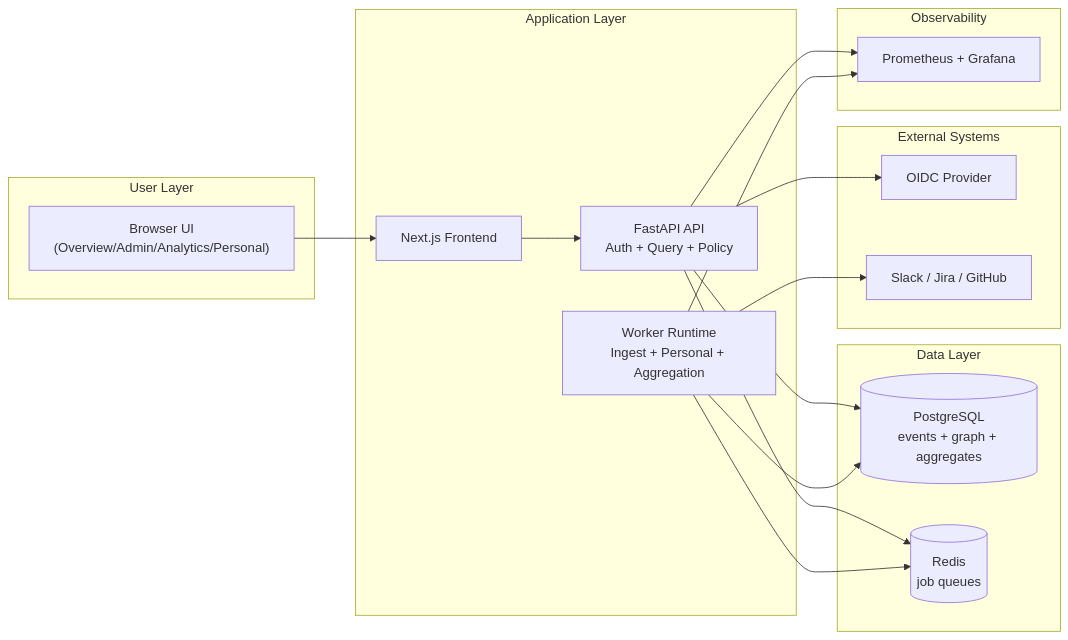
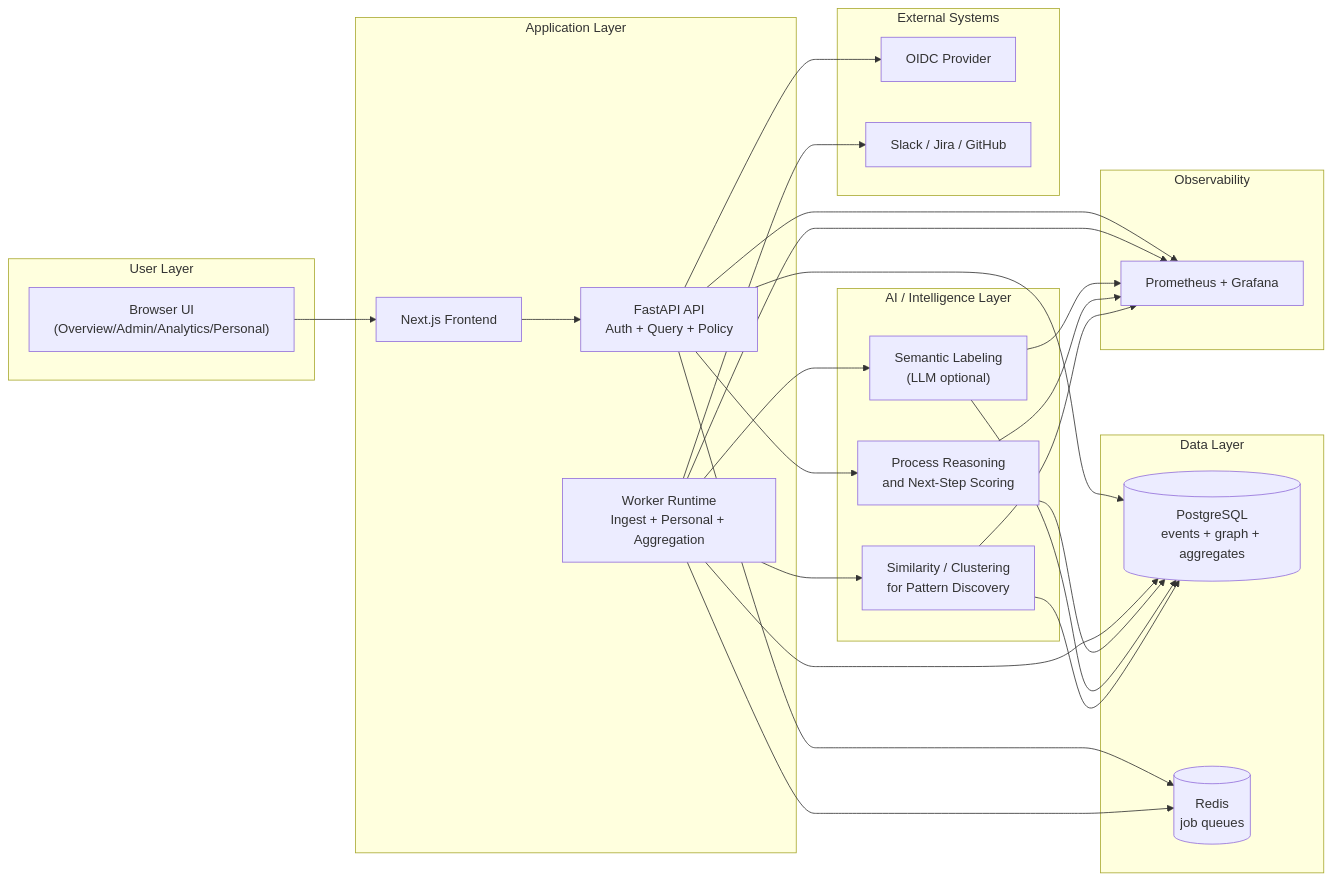
Before and after one commit to aliuyar1234/ContextGraph: the diagram in README.md, drawn with Mermaid. The commit also changed other lines of this file, not shown here.

Commit message:
docs(readme): make ai layer explicit in overview and architecture

````diff
--- a/README.md
+++ b/README.md
@@ -28,37 +43,52 @@
 ```mermaid
 flowchart LR
   subgraph UserLayer["User Layer"]
     Browser["Browser UI<br/>(Overview/Admin/Analytics/Personal)"]
   end
 
   subgraph AppLayer["Application Layer"]
     UI["Next.js Frontend"]
     API["FastAPI API<br/>Auth + Query + Policy"]
     Workers["Worker Runtime<br/>Ingest + Personal + Aggregation"]
+  end
+
+  subgraph Intelligence["AI / Intelligence Layer"]
+    Labeling["Semantic Labeling<br/>(LLM optional)"]
+    Reasoning["Process Reasoning<br/>and Next-Step Scoring"]
+    Similarity["Similarity / Clustering<br/>for Pattern Discovery"]
   end
 
   subgraph DataLayer["Data Layer"]
     PG[("PostgreSQL<br/>events + graph + aggregates")]
     RQ[("Redis<br/>job queues")]
   end
 
   subgraph External["External Systems"]
     OIDC["OIDC Provider"]
     Tools["Slack / Jira / GitHub"]
   end
 
   subgraph Observe["Observability"]
     Prom["Prometheus + Grafana"]
   end
 
   Browser --> UI
   UI --> API
   API --> OIDC
   API --> PG
   API --> RQ
+  API --> Reasoning
   Workers --> RQ
   Workers --> PG
+  Workers --> Labeling
+  Workers --> Similarity
+  Reasoning --> PG
+  Labeling --> PG
+  Similarity --> PG
   Workers --> Tools
   API --> Prom
   Workers --> Prom
+  Labeling --> Prom
+  Reasoning --> Prom
+  Similarity --> Prom
 ```
````
